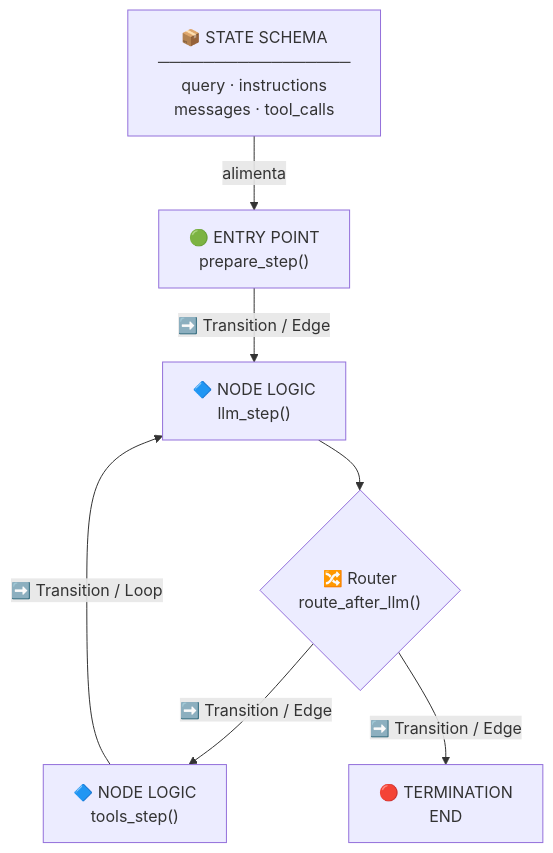
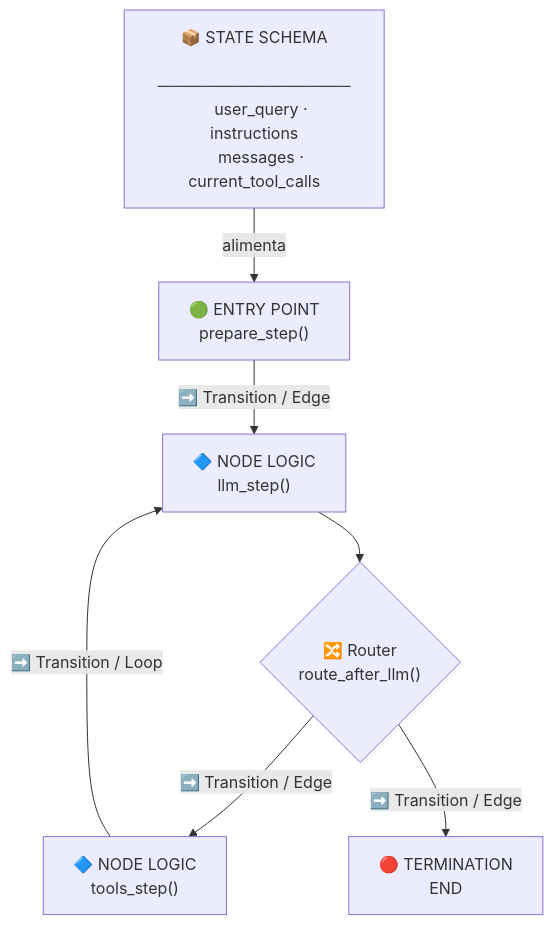
One commit to lelascarnevali/Udacity_Agentic_AI changed the second of 2 diagrams in 3_Building_Agents/docs/03-agent-state-management.md. Above: the diagram before and after it, drawn with Mermaid. The commit also changed other lines of this file and 5 other files, not shown here.

````diff
--- a/3_Building_Agents/docs/03-agent-state-management.md
+++ b/3_Building_Agents/docs/03-agent-state-management.md
@@ -186,26 +190,26 @@
 ```mermaid
 flowchart TD
     S["📦 STATE SCHEMA
     ─────────────────
-    query · instructions
-    messages · tool_calls"]
+    user_query · instructions
+    messages · current_tool_calls"]
 
     S -->|"alimenta"| A
 
     A["🟢 ENTRY POINT
     prepare_step()"]
 
     A -->|"➡️ Transition / Edge"| B["🔷 NODE LOGIC
     llm_step()"]
 
     B --> R{"🔀 Router
     route_after_llm()"}
 
     R -->|"➡️ Transition / Edge"| C["🔷 NODE LOGIC
     tools_step()"]
 
     C -->|"➡️ Transition / Loop"| B
 
     R -->|"➡️ Transition / Edge"| E["🔴 TERMINATION
     END"]
 ```
````
